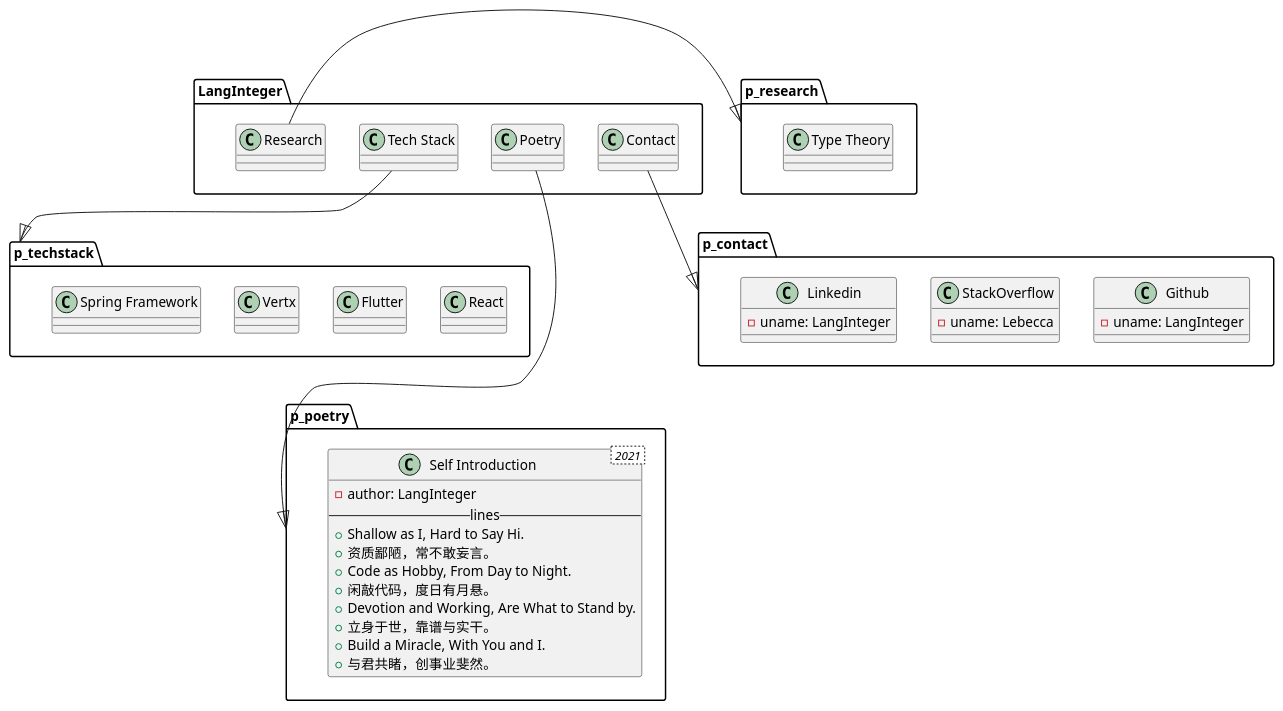
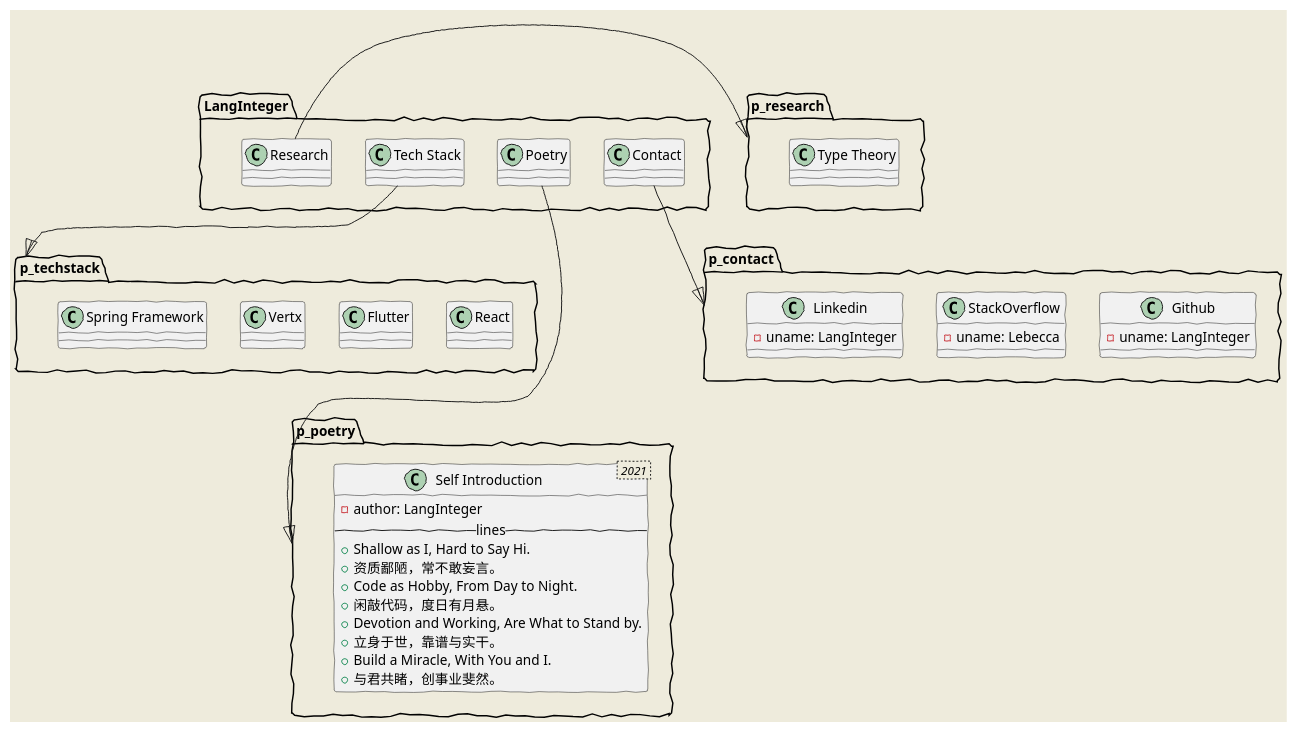
The diagram in draw/plantuml/20201119-lang-poetry.puml (LangInteger/learning), drawn with PlantUML before and after one commit.

```diff
--- a/draw/plantuml/20201119-lang-poetry.puml
+++ b/draw/plantuml/20201119-lang-poetry.puml
@@ -1,98 +1,99 @@
 @startuml
 
 ' package "Yin" #LightBlue {
 '     card #LightBlue "资质鄙陋,常不敢妄言。\nShallow as I, Hard to Say Hi." as card1
 '     card #LightBlue "立身于世，靠谱与实干。\nCode as Hobby, From Day to Night." as card2
 ' }
 
 ' package "In" #DarkSalmon {
 '     card #DarkSalmon "闲敲代码,度日有月悬。\nDevotion and Working, Are What to Stand by." as card3
 '     card #DarkSalmon "与君共睹，创事业斐然。\nBuild a Miracle, With You and I." as card4
 ' }
 
 ' card1 -[hidden]-> card2
 ' card3 -[hidden]-> card4
 
 ' title 🚂写于机车启动与速度保持协会成立25周年之际\nFeeling Good at the 25th Anniversary of Locomotive Start and Speed Maintenance Association\n
 ' skinparam monochrome true
 ' skinparam defaultFontName Helvetica 
 ' skinparam defaultFontName AR PL UKai CN
 ' |😶|
 ' :资质鄙陋，常不敢妄言。
 ' Shallow as I, Hard to Say Hi.;
 ' |🌒|
 ' :闲敲代码,度日有月悬。
 ' Code as Hobby, From Day to Night.;
 ' |🔨|
 ' :立身于世，靠谱与实干。
 ' Devotion and Working, Are What to Stand by.;
 ' |✨|
 ' :与君共睹，创事业斐然。
 ' Build a Miracle, With You and I.;
 
-
+skinparam backgroundColor #EEEBDC
+skinparam handwritten true
 
 package "LangInteger" as p_langinteger {
 
   class "Tech Stack" as c_ts
   class "Poetry" as c_poetry
   class "Contact" as c_contact
   class "Research" as c_research
 }
 
 c_ts --|> p_techstack
 c_poetry --|> p_poetry
 c_contact --|> p_contact 
 c_research --|> p_research
 
 p_techstack -[hidden]down-> p_poetry
 p_research -[hidden]down-> p_contact
 
 p_research -[hidden]down-> p_langinteger
 
 package "Tech Stack" as p_techstack {
   class "Spring Framework" as c_sf
   class "Vertx" as c_v
   class "Flutter" as c_f
   class "React" as c_r
 }
 
 c_sf -[hidden]right-> c_v
 c_v -[hidden]right-> c_f
 c_f -[hidden]right-> c_r
 
 package "Poetry" as p_poetry {
   class "Self Introduction" < 2021 > {
     - author: LangInteger
     -- lines --
     + Shallow as I, Hard to Say Hi.
     + 资质鄙陋，常不敢妄言。
     + Code as Hobby, From Day to Night.
     + 闲敲代码，度日有月悬。
     + Devotion and Working, Are What to Stand by.
     + 立身于世，靠谱与实干。
     + Build a Miracle, With You and I.
     + 与君共睹，创事业斐然。
   }
 }
 
 package "Contact" as p_contact {
   class StackOverflow {
     - uname: Lebecca
   }
   class Github {
     - uname: LangInteger
   }
   class Linkedin {
     - uname: LangInteger
   }
 }
 
 Linkedin -[hidden]right-> StackOverflow
 StackOverflow -[hidden]right-> Github
 
 package "Research" as p_research {
   class "Type Theory" as c_type_theory
 }
 
 @enduml
```
